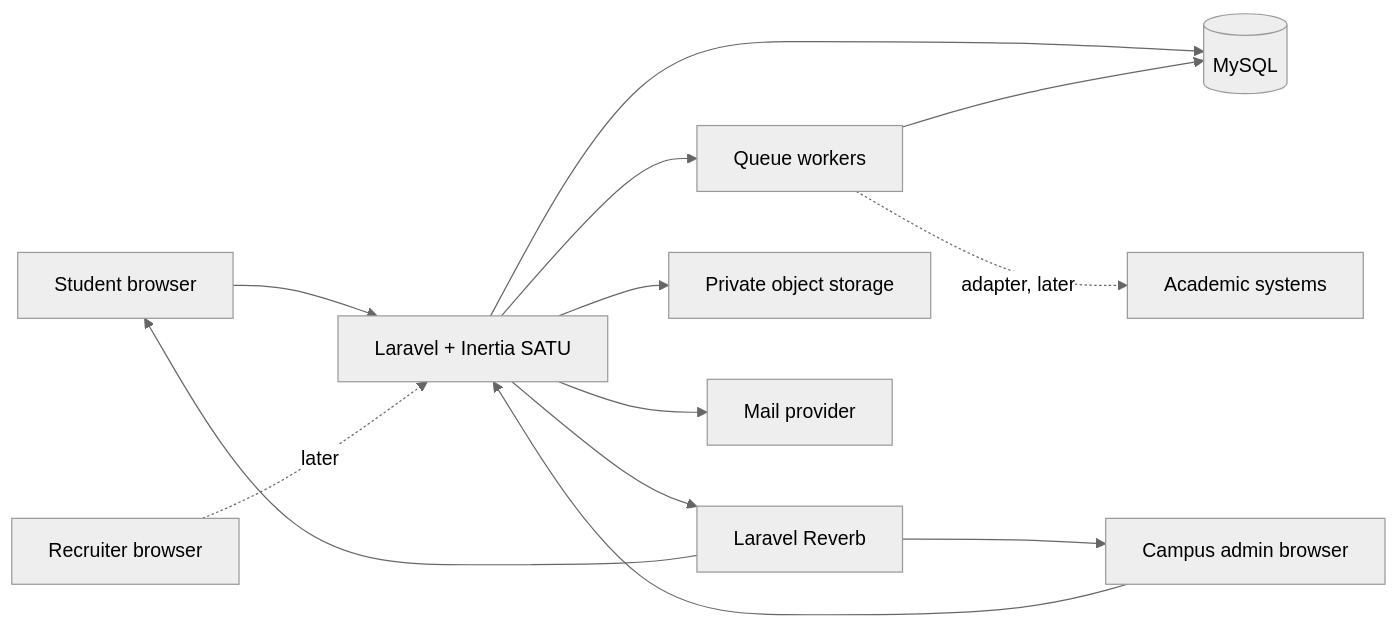
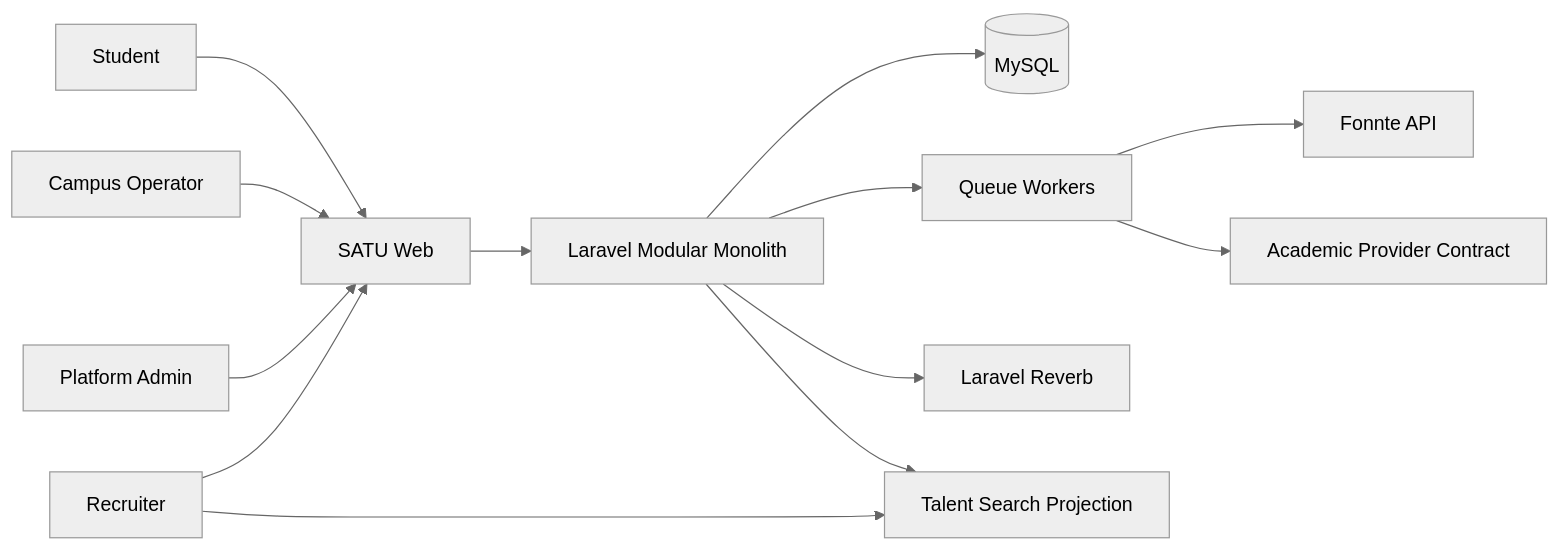
One commit to Alfian57/satu-platform changed the diagram in docs/engineering/ARCHITECTURE.md. Above: the diagram before and after it, drawn with Mermaid (neutral theme). The commit also changed other lines of this file and 103 other files, not shown here.

````diff
--- a/docs/engineering/ARCHITECTURE.md
+++ b/docs/engineering/ARCHITECTURE.md
@@ -19,26 +9,15 @@
 ```mermaid
 flowchart LR
-    Student[Student browser]
-    Campus[Campus admin browser]
-    Recruiter[Recruiter browser]
-    App[Laravel + Inertia SATU]
-    DB[(MySQL)]
-    Queue[Queue workers]
-    Reverb[Laravel Reverb]
-    Storage[Private object storage]
-    Mail[Mail provider]
-    Academic[Academic systems]
-
-    Student --> App
-    Campus --> App
-    Recruiter -. later .-> App
-    App --> DB
-    App --> Queue
-    Queue --> DB
-    App --> Storage
-    App --> Mail
-    App --> Reverb
-    Reverb --> Student
-    Reverb --> Campus
-    Queue -. adapter, later .-> Academic
+    Student --> Web[SATU Web]
+    Campus[Campus Operator] --> Web
+    Platform[Platform Admin] --> Web
+    Recruiter --> Web
+    Web --> App[Laravel Modular Monolith]
+    App --> DB[(MySQL)]
+    App --> Queue[Queue Workers]
+    App --> Reverb[Laravel Reverb]
+    Queue --> Fonnte[Fonnte API]
+    Queue --> Academic[Academic Provider Contract]
+    Recruiter --> Talent[Talent Search Projection]
+    App --> Talent
 ```
````
